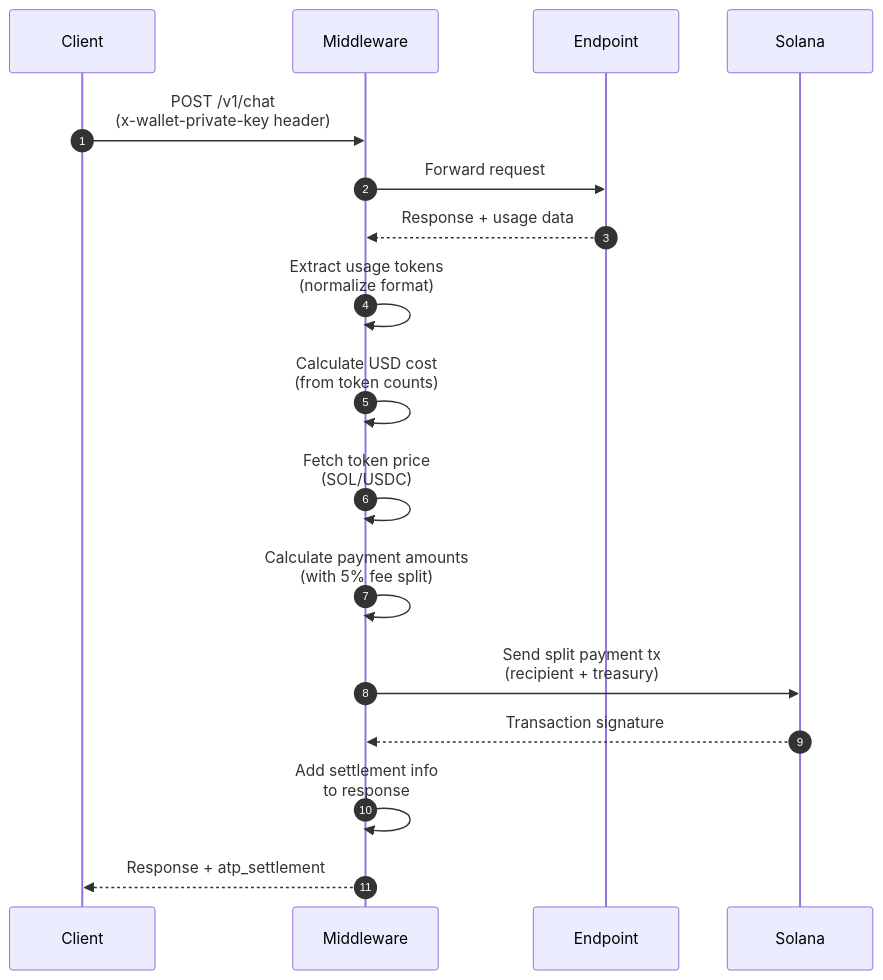
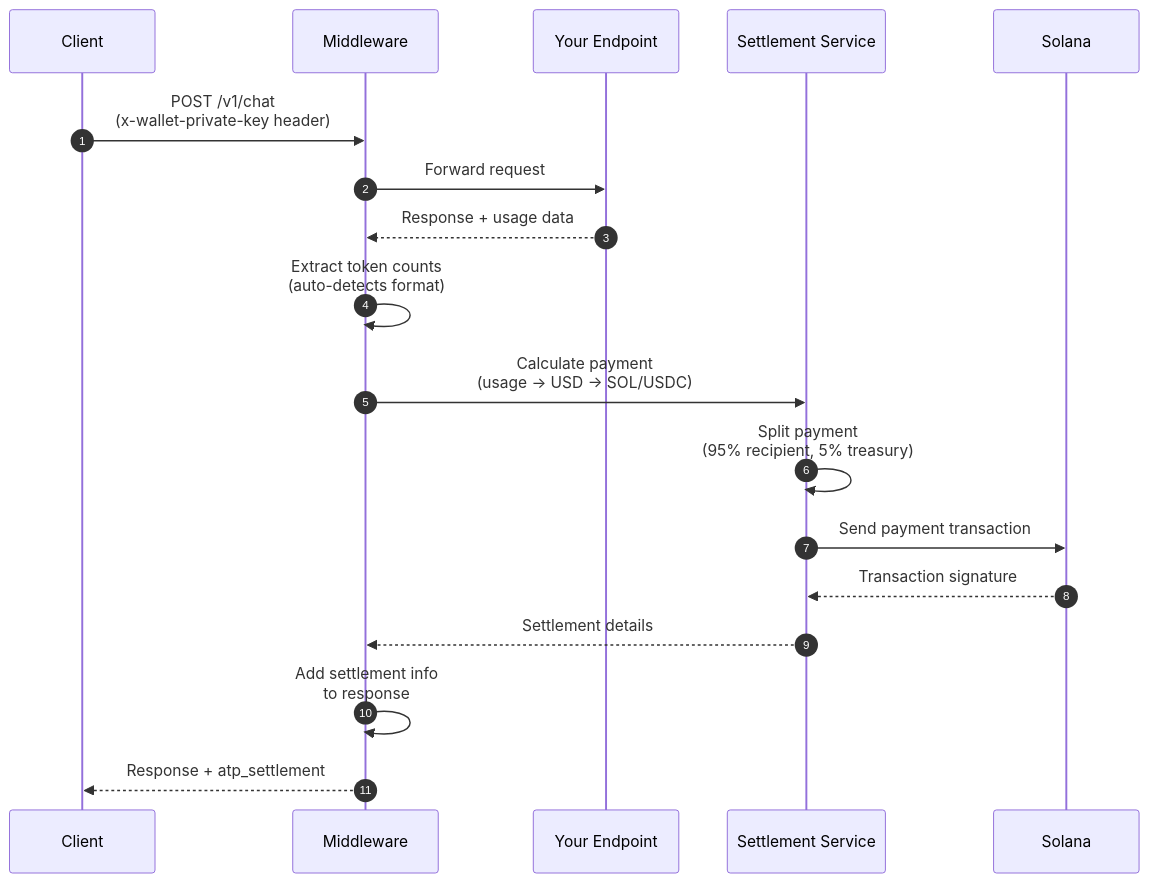
Before and after one commit to The-Swarm-Corporation/ATP-Protocol: the first of 2 diagrams in README.md, drawn with Mermaid. The commit also changed other lines of this file and 4 other files, not shown here.

````diff
--- a/README.md
+++ b/README.md
@@ -383,20 +81,21 @@
 ```mermaid
 sequenceDiagram
   autonumber
   participant C as Client
   participant M as Middleware
-  participant E as Endpoint
+  participant E as Your Endpoint
+  participant SS as Settlement Service
   participant S as Solana
 
   C->>M: POST /v1/chat<br/>(x-wallet-private-key header)
   M->>E: Forward request
   E-->>M: Response + usage data
-  M->>M: Extract usage tokens<br/>(normalize format)
-  M->>M: Calculate USD cost<br/>(from token counts)
-  M->>M: Fetch token price<br/>(SOL/USDC)
-  M->>M: Calculate payment amounts<br/>(with 5% fee split)
-  M->>S: Send split payment tx<br/>(recipient + treasury)
-  S-->>M: Transaction signature
+  M->>M: Extract token counts<br/>(auto-detects format)
+  M->>SS: Calculate payment<br/>(usage → USD → SOL/USDC)
+  SS->>SS: Split payment<br/>(95% recipient, 5% treasury)
+  SS->>S: Send payment transaction
+  S-->>SS: Transaction signature
+  SS-->>M: Settlement details
   M->>M: Add settlement info<br/>to response
   M-->>C: Response + atp_settlement
 ```
````
